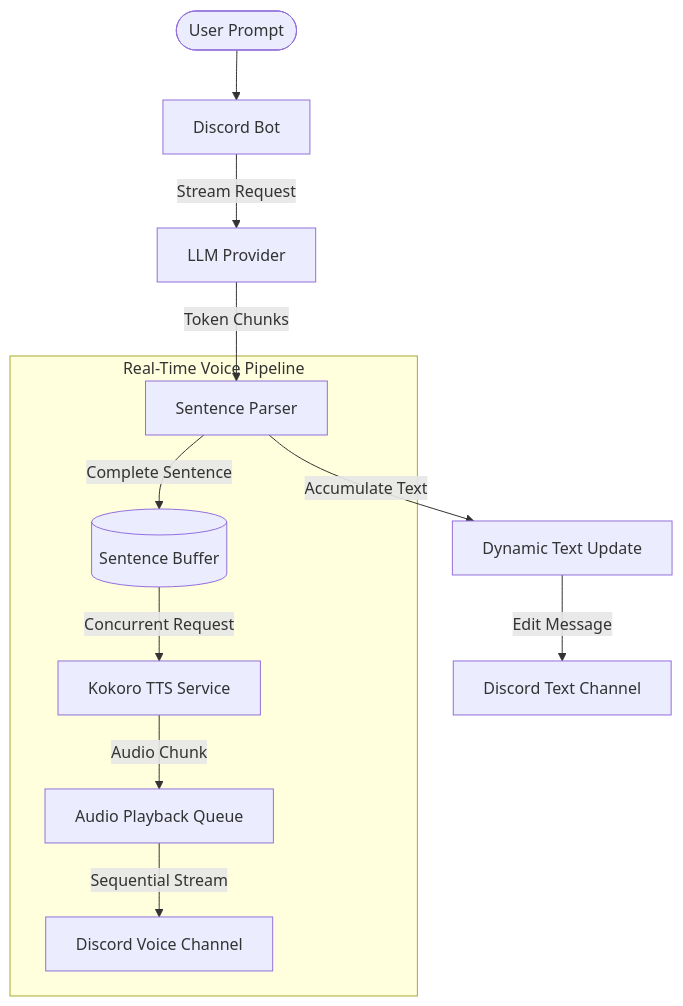
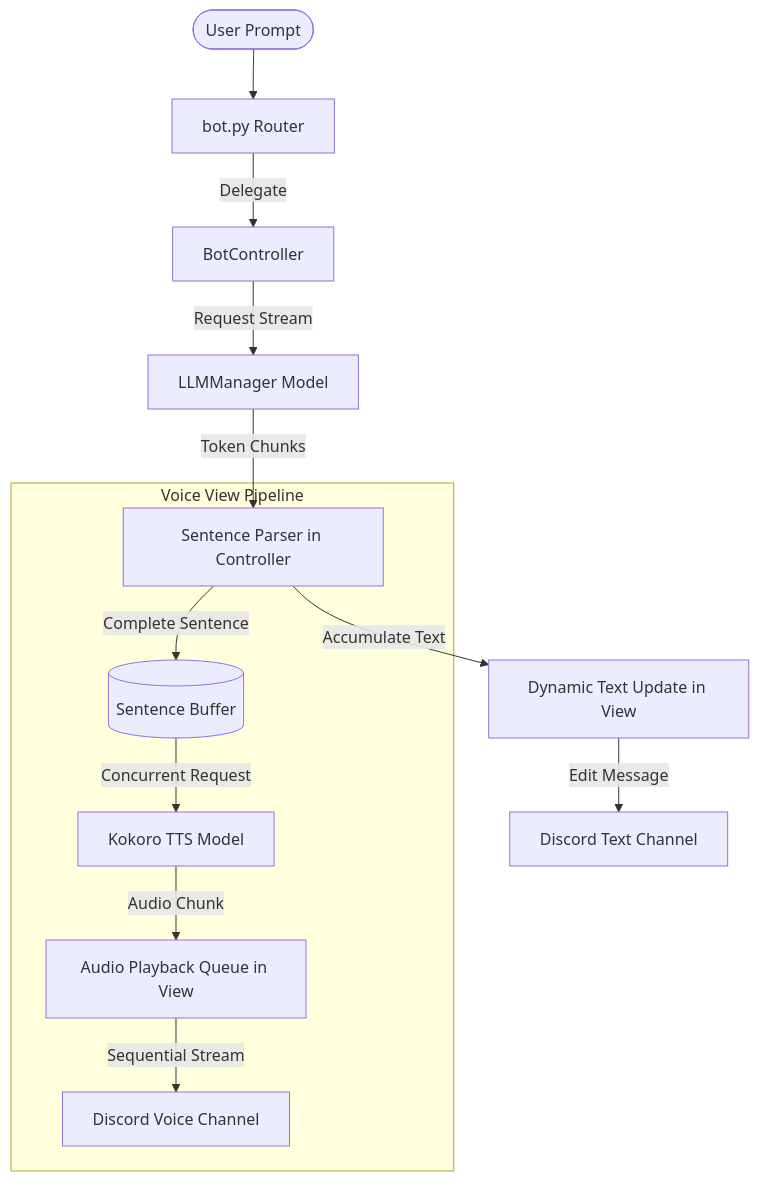
The second of 3 diagrams in README.md (krishnakanthpathi/nullpointer), drawn with Mermaid before and after one commit. The commit also changed other lines of this file and 10 other files, not shown here.

Commit message:
Refactor codebase to Model-View-Controller (MVC) architecture

````diff
--- a/README.md
+++ b/README.md
@@ -71,16 +109,17 @@
 ```mermaid
 flowchart TD
-    User([User Prompt]) --> Bot[Discord Bot]
-    Bot -->|Stream Request| LLM[LLM Provider]
-    LLM -->|Token Chunks| Parser[Sentence Parser]
+    User([User Prompt]) --> Router[bot.py Router]
+    Router -->|Delegate| Controller[BotController]
+    Controller -->|Request Stream| LLM[LLMManager Model]
+    LLM -->|Token Chunks| Parser[Sentence Parser in Controller]
     
-    subgraph Real-Time Voice Pipeline
+    subgraph Voice View Pipeline
         Parser -->|Complete Sentence| Buffer[(Sentence Buffer)]
-        Buffer -->|Concurrent Request| TTS[Kokoro TTS Service]
-        TTS -->|Audio Chunk| Queue[Audio Playback Queue]
+        Buffer -->|Concurrent Request| TTS[Kokoro TTS Model]
+        TTS -->|Audio Chunk| Queue[Audio Playback Queue in View]
         Queue -->|Sequential Stream| Voice[Discord Voice Channel]
     end
 
-    Parser -->|Accumulate Text| TextMsg[Dynamic Text Update]
+    Parser -->|Accumulate Text| TextMsg[Dynamic Text Update in View]
     TextMsg -->|Edit Message| Discord[Discord Text Channel]
 ```
````
